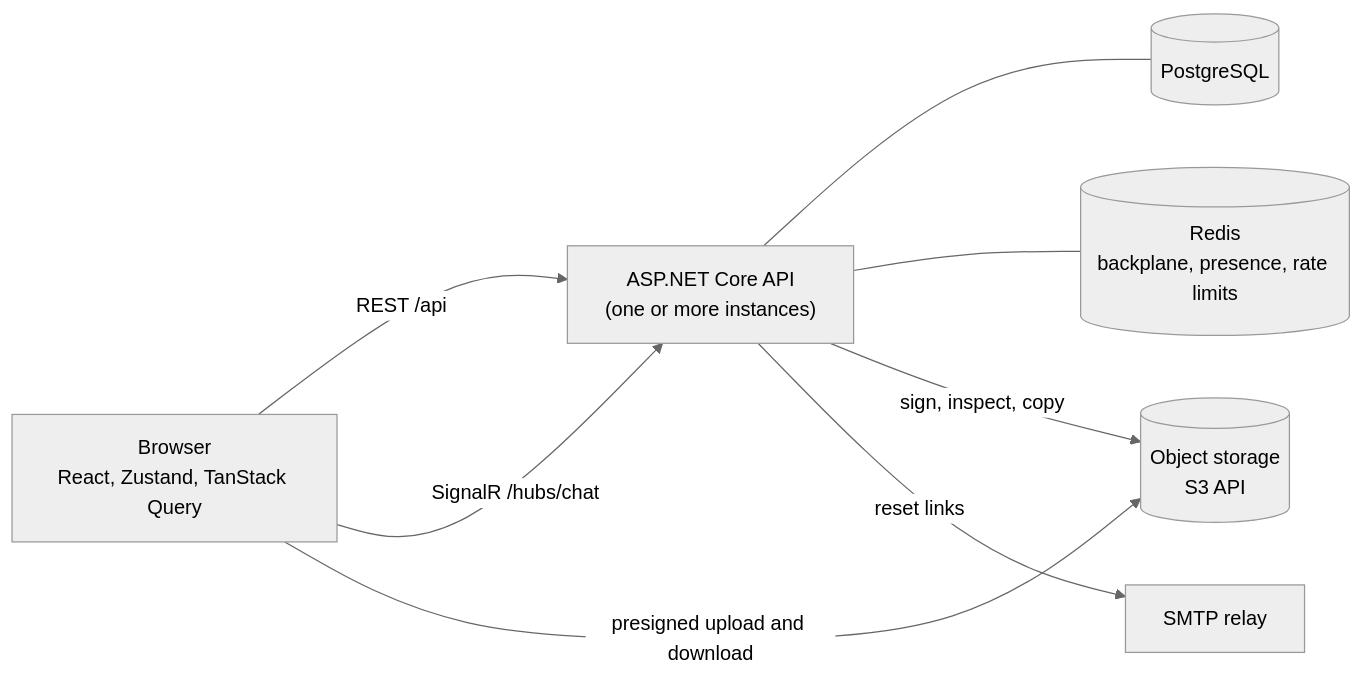
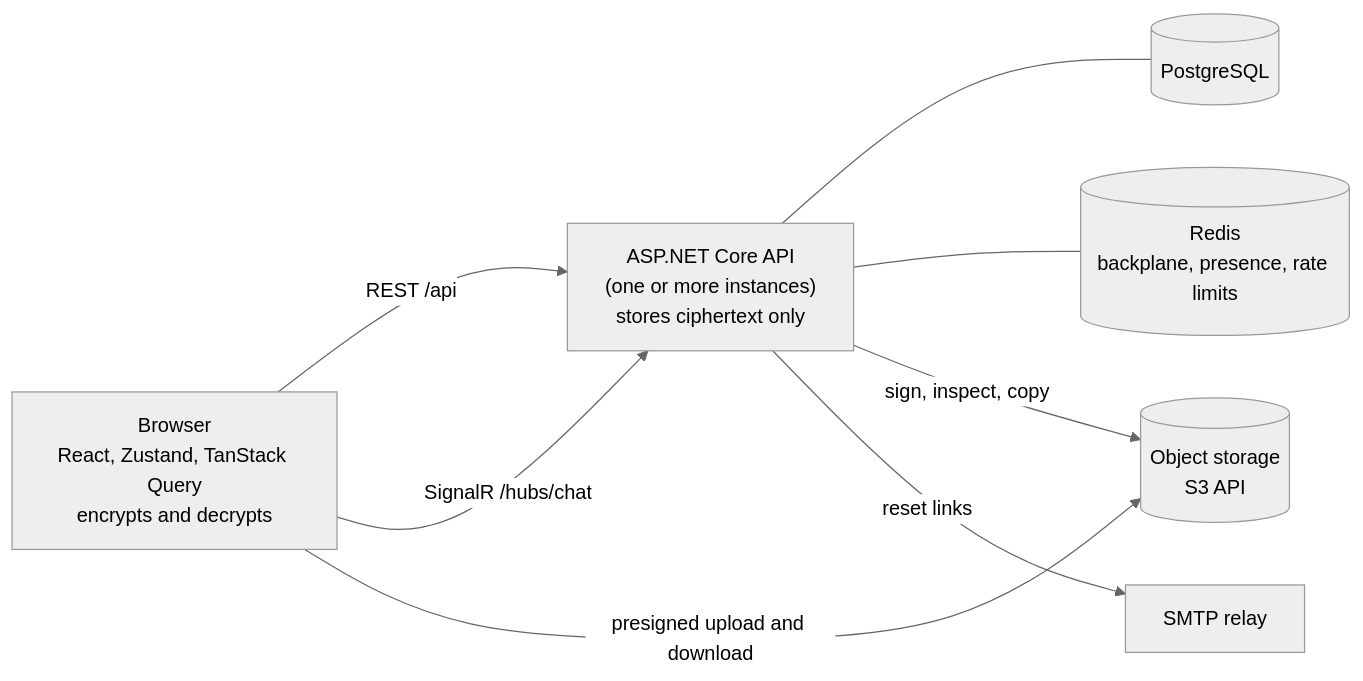
One commit to Harsh-Moriya/chatnet changed the diagram in README.md. Above: the diagram before and after it, drawn with Mermaid (neutral theme). The commit also changed other lines of this file, not shown here.

````diff
--- a/README.md
+++ b/README.md
@@ -26,10 +27,10 @@
 ```mermaid
 flowchart LR
-    Browser["Browser<br/>React, Zustand, TanStack Query"] -- "REST /api" --> API["ASP.NET Core API<br/>(one or more instances)"]
+    Browser["Browser<br/>React, Zustand, TanStack Query<br/>encrypts and decrypts"] -- "REST /api" --> API["ASP.NET Core API<br/>(one or more instances)<br/>stores ciphertext only"]
     Browser -- "SignalR /hubs/chat" --> API
     Browser -- "presigned upload and download" --> Storage[("Object storage<br/>S3 API")]
     API --- Postgres[("PostgreSQL")]
     API --- Redis[("Redis<br/>backplane, presence, rate limits")]
     API -- "sign, inspect, copy" --> Storage
     API -- "reset links" --> Mail["SMTP relay"]
 ```
````
